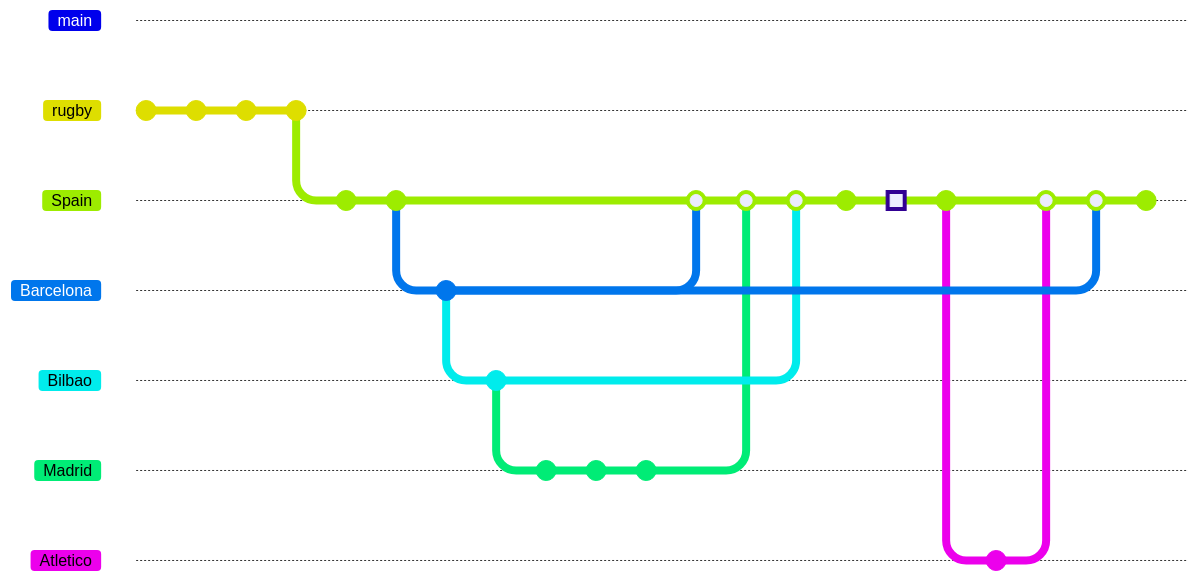
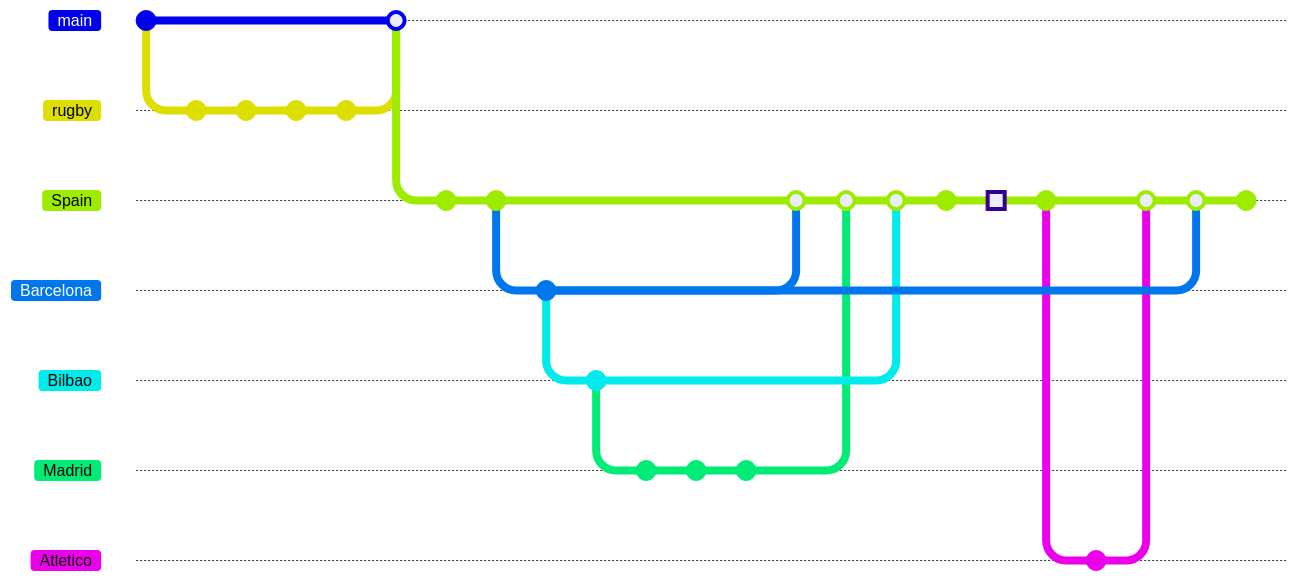
The first of 8 diagrams in README.md (sarnobat/mermaid), drawn with Mermaid before and after one commit. Commit ids are hidden.

````diff
--- a/README.md
+++ b/README.md
@@ -14,34 +14,38 @@
 ```mermaid
 gitGraph:
+    commit id: "begin"
     branch rugby
+    checkout rugby
     commit id: "1845 Rugby school football rules published"
     commit id: "1847 Eton school football rules published"
     commit id: "1863 October FA rules created"
     commit id: "1863 FA Founded in London"
+    checkout main
+    merge rugby
     branch Spain
     commit id: "1889 December 23 Recreativo Huelva founded"
     commit id: "1890 Sevilla founded"
     branch Barcelona
     commit id: "1898 Barcelona founded"
     branch Bilbao
     commit id: "1898 July 18 Bilbao founded"
     branch Madrid
     commit "club 1 founded"
     commit "club 2 founded"
     commit "1902 merged clubs"
     checkout Bilbao
     checkout Spain
     merge Barcelona
     merge Madrid
     merge Bilbao
     commit id: "1902 Copa"
     commit id: "1903 Copa de la Coronacion" type: HIGHLIGHT
     commit id: "Attended by Bilbao students in Madrid"
     branch Atletico
     checkout Atletico
     commit id: "1908 Stripes vs Real"
     checkout Spain
     merge Atletico
     merge Barcelona
     commit id: "1921 Copa del Rey final"
 ```
````
